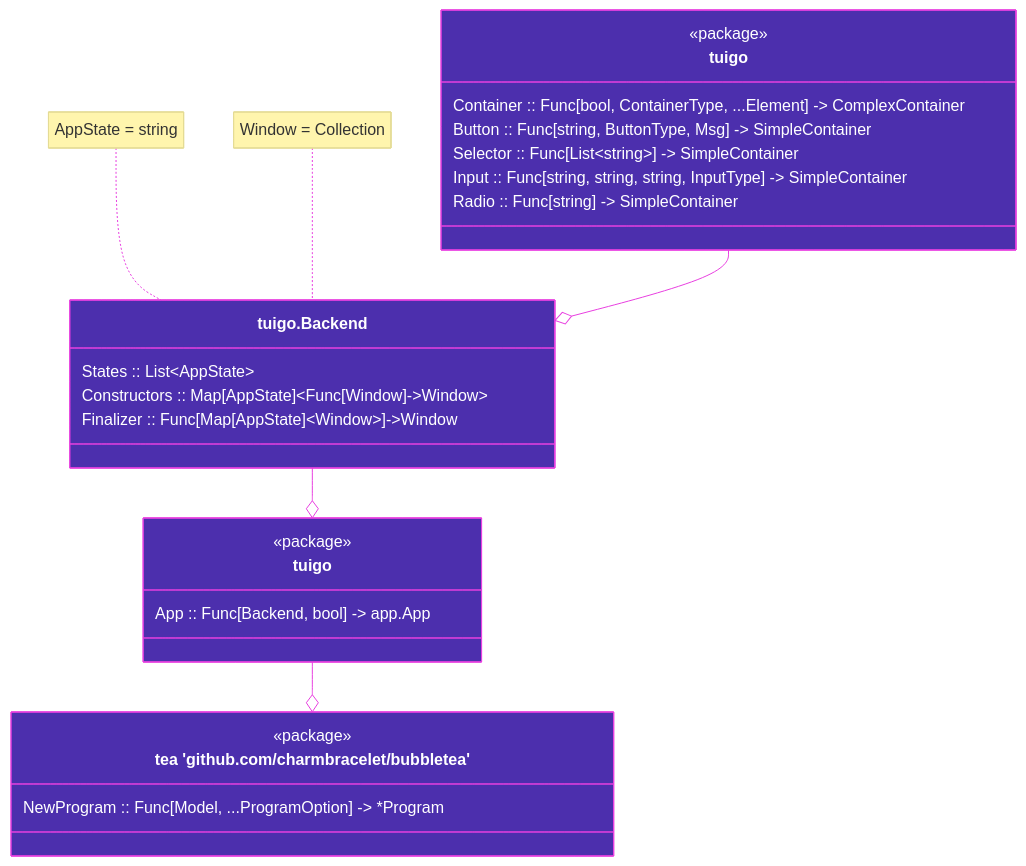
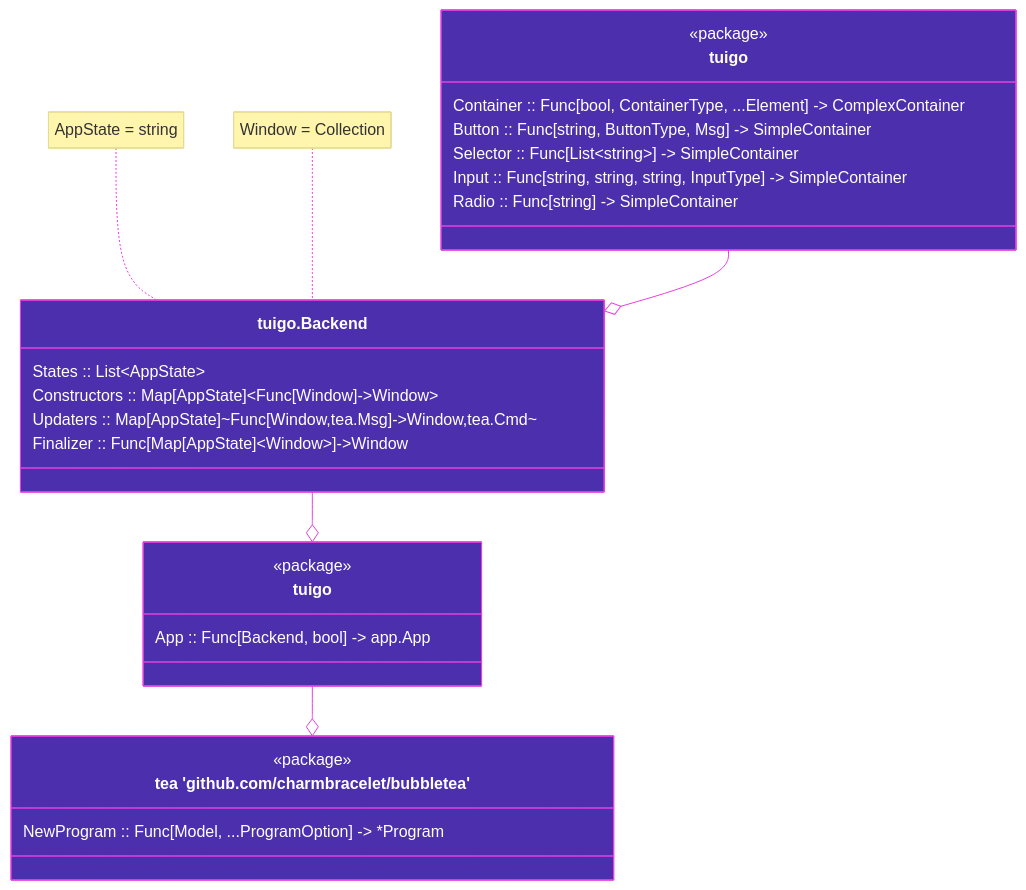
Before and after one commit to haykh/tuigo: the first of 3 diagrams in README.md, drawn with Mermaid.

````diff
--- a/README.md
+++ b/README.md
@@ -15,46 +15,47 @@
 ```mermaid
 %%{
   init: {
     'theme': 'base',
     'themeVariables': {
         'fontFamily': 'JetBrainsMono Nerd Font, BlexMono Nerd Font, Roboto Mono, Source Code Pro, monospace',
         'primaryColor': '#4C2FAD',
         'primaryTextColor': '#FFFFFF',
         'lineColor': '#E840E0',
         'primaryBorderColor': '#E840E0'
       }
     }
 }%%
 
 classDiagram
   class tuigo {
     <<package>>
     Container :: Func[bool, ContainerType, ...Element] -> ComplexContainer
     Button :: Func[string, ButtonType, Msg] -> SimpleContainer
     Selector :: Func[List~string~] -> SimpleContainer
     Input :: Func[string, string, string, InputType] -> SimpleContainer
     Radio :: Func[string] -> SimpleContainer
   }
 
   class Backend["tuigo.Backend"]{
     States :: List~AppState~
     Constructors :: Map[AppState]~Func[Window]->Window~
+    Updaters :: Map[AppState]~Func[Window,tea.Msg]->Window,tea.Cmd~
     Finalizer :: Func[Map[AppState]~Window~]->Window
   }
 
   class NewApp["tuigo"] {
     <<package>>
     App :: Func[Backend, bool] -> app.App
   }
   note for Backend "AppState = string"
   note for Backend "Window = Collection"
 
   class tea["tea 'github.com/charmbracelet/bubbletea'"] {
     <<package>>
     NewProgram :: Func[Model, ...ProgramOption] -> *Program
   }
 
   tuigo --o Backend
   NewApp --o tea
   Backend --o NewApp
 ```
````
